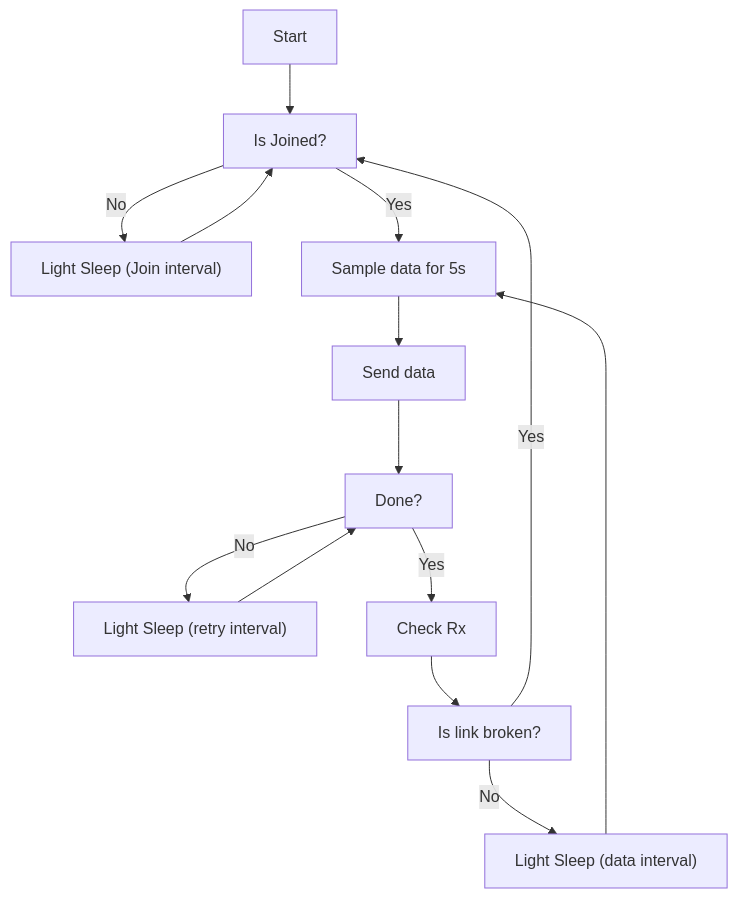
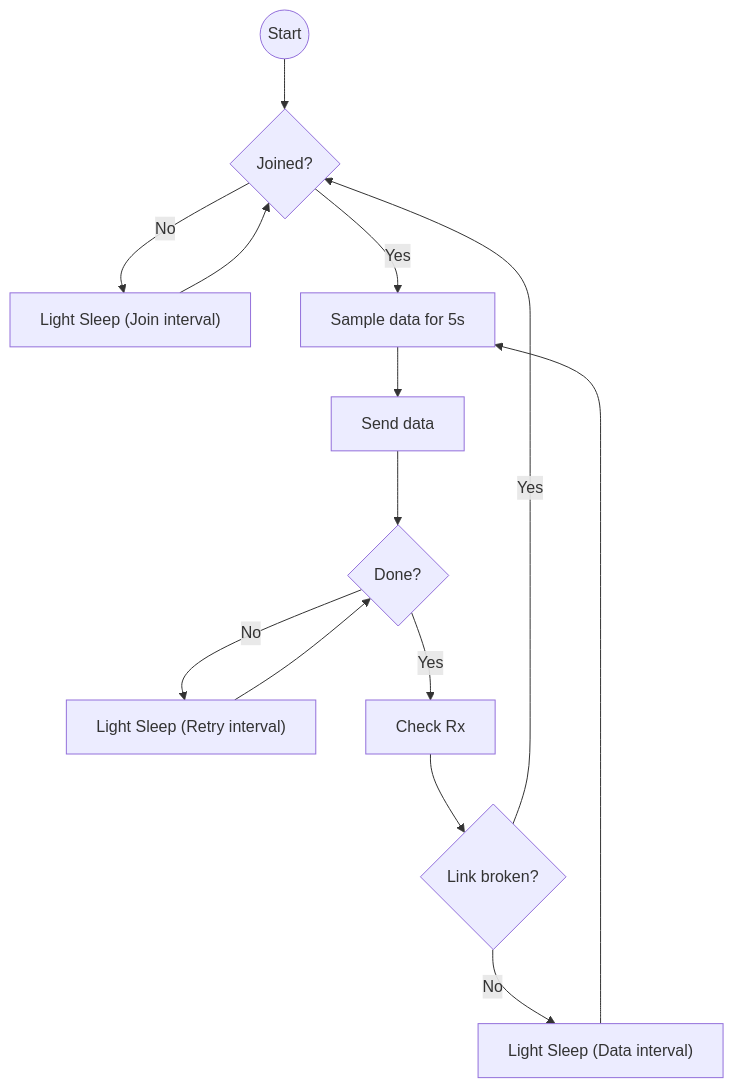
One commit to MatchX-GmbH/X2E-Reference-Sensor-FW changed the diagram in example_device/README.md. Above: the diagram before and after it, drawn with Mermaid. The commit also changed other lines of this file and 7 other files, not shown here.

````diff
--- a/example_device/README.md
+++ b/example_device/README.md
@@ -40,17 +40,17 @@
 ```mermaid
 flowchart TD
-	Start-->IsJoined[Is Joined?]
+	Start((Start))-->IsJoined{Joined?}
 	IsJoined-- No -->JoinSleep["Light Sleep (Join interval)"]
 	JoinSleep-->IsJoined
 	IsJoined-- Yes -->SampleData[Sample data for 5s]
 	SampleData-->SendData[Send data]
-	SendData-->IsSendDone[Done?]
-	IsSendDone-- No -->SendDataSleep["Light Sleep (retry interval)"]
+	SendData-->IsSendDone{Done?}
+	IsSendDone-- No -->SendDataSleep["Light Sleep (Retry interval)"]
 	SendDataSleep-->IsSendDone
 	IsSendDone-- Yes -->CheckRx[Check Rx]
-	CheckRx-->CheckLink[Is link broken?]
+	CheckRx-->CheckLink{"Link broken?"}
 	CheckLink-- Yes --> IsJoined
-	CheckLink-- No -->IntervalSleep["Light Sleep (data interval)"]
+	CheckLink-- No -->IntervalSleep["Light Sleep (Data interval)"]
 	IntervalSleep-->SampleData
 	
 ```
````
